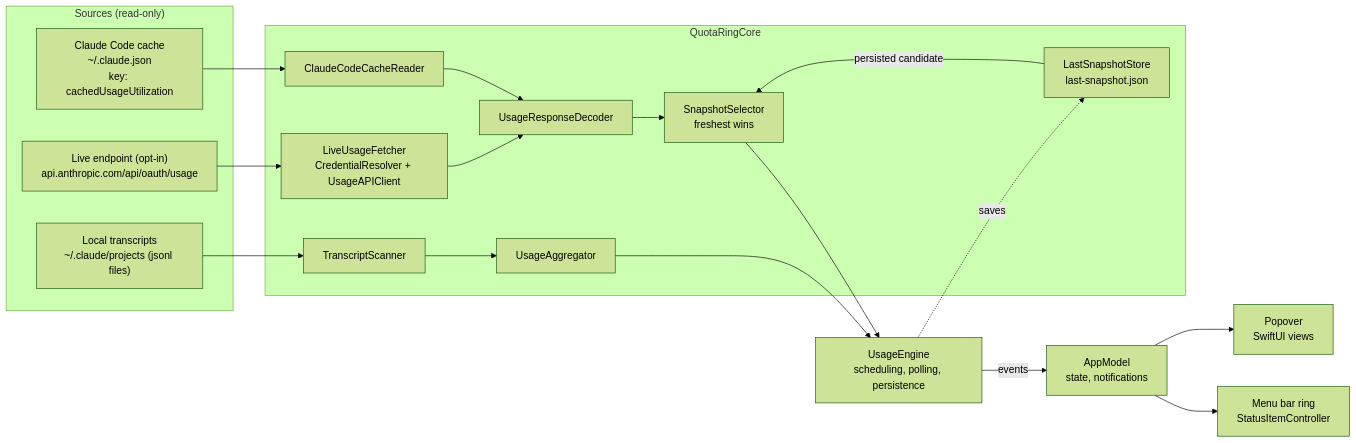
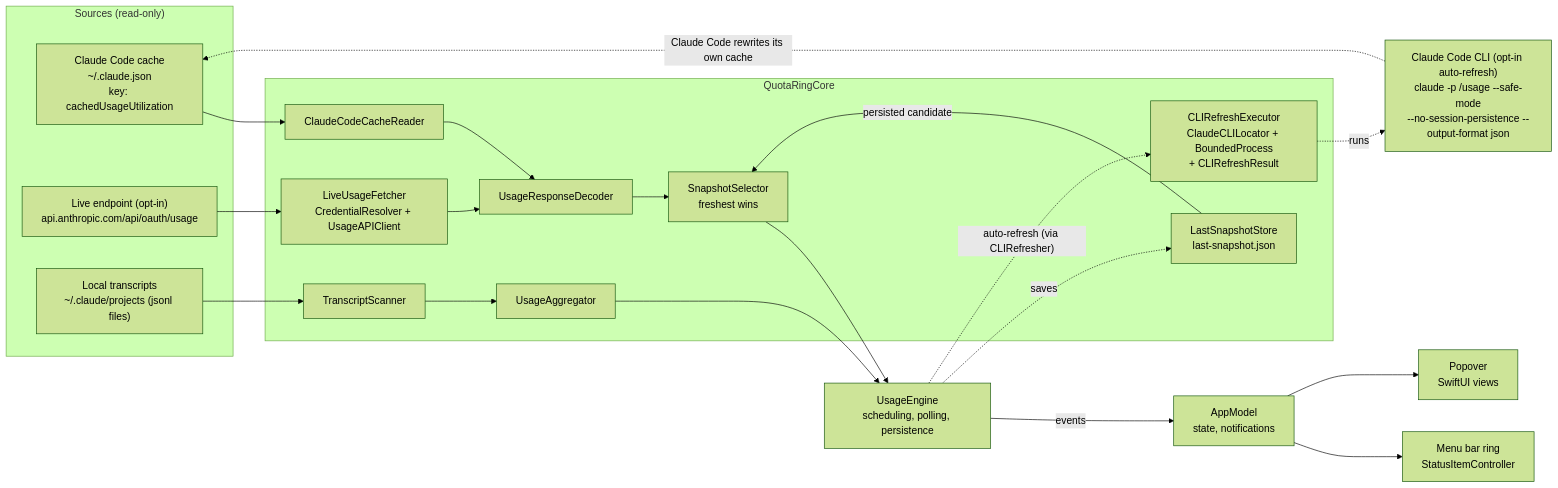
One commit to BartugKaan/QuotaRing changed the diagram in docs/ARCHITECTURE.md. Above: the diagram before and after it, drawn with Mermaid (forest theme). The commit also changed other lines of this file and 4 other files, not shown here.

First line of the commit message:
docs: document auto-refresh and add its Turkish strings

````diff
--- a/docs/ARCHITECTURE.md
+++ b/docs/ARCHITECTURE.md
@@ -53,35 +55,41 @@
 ```mermaid
 flowchart LR
     subgraph SRC["Sources (read-only)"]
         CACHE["Claude Code cache<br/>~/.claude.json<br/>key: cachedUsageUtilization"]
         LIVE["Live endpoint (opt-in)<br/>api.anthropic.com/api/oauth/usage"]
         TRANS["Local transcripts<br/>~/.claude/projects (jsonl files)"]
     end
+
+    CLI["Claude Code CLI (opt-in auto-refresh)<br/>claude -p /usage --safe-mode<br/>--no-session-persistence --output-format json"]
 
     subgraph CORE["QuotaRingCore"]
         READER["ClaudeCodeCacheReader"]
         FETCHER["LiveUsageFetcher<br/>CredentialResolver + UsageAPIClient"]
         DECODER["UsageResponseDecoder"]
         SELECTOR["SnapshotSelector<br/>freshest wins"]
         SCANNER["TranscriptScanner"]
         AGG["UsageAggregator"]
         STORE["LastSnapshotStore<br/>last-snapshot.json"]
+        EXEC["CLIRefreshExecutor<br/>ClaudeCLILocator + BoundedProcess<br/>+ CLIRefreshResult"]
     end
 
     ENGINE["UsageEngine<br/>scheduling, polling, persistence"]
     MODEL["AppModel<br/>state, notifications"]
     RING["Menu bar ring<br/>StatusItemController"]
     POPOVER["Popover<br/>SwiftUI views"]
 
     CACHE --> READER --> DECODER
     LIVE --> FETCHER --> DECODER
     DECODER --> SELECTOR
     STORE -->|persisted candidate| SELECTOR
     TRANS --> SCANNER --> AGG
     SELECTOR --> ENGINE
     AGG --> ENGINE
     ENGINE -->|events| MODEL
     ENGINE -.->|saves| STORE
+    ENGINE -.->|"auto-refresh (via CLIRefresher)"| EXEC
+    EXEC -.->|runs| CLI
+    CLI -.->|"Claude Code rewrites its own cache"| CACHE
     MODEL --> RING
     MODEL --> POPOVER
 ```
````
